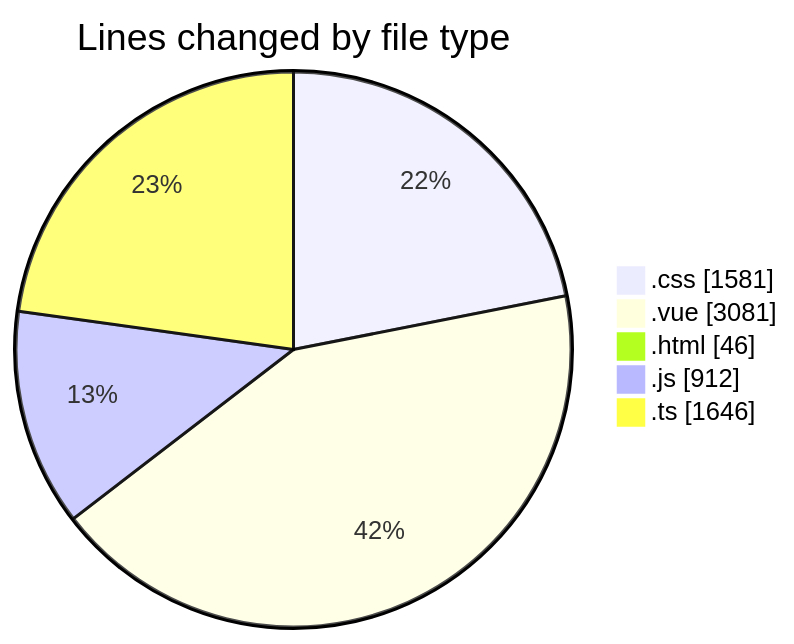
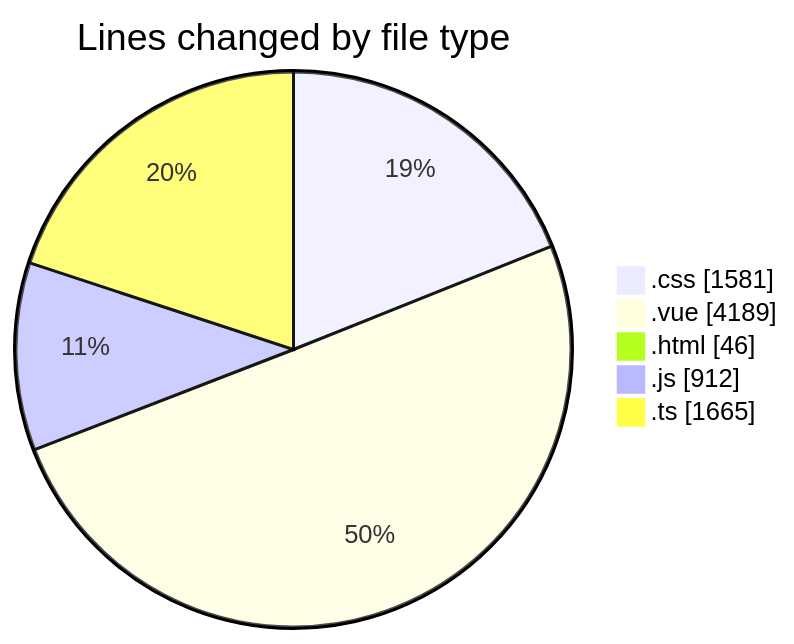
One commit to lephambinh05/code-tracking changed the first of 2 diagrams in 2025-08-18/rentotp/README.md. Above: the diagram before and after it, drawn with Mermaid. The commit also changed other lines of this file and 1 other file, not shown here.

````diff
--- a/2025-08-18/rentotp/README.md
+++ b/2025-08-18/rentotp/README.md
@@ -42,9 +45,9 @@
 ```mermaid
 pie showData
 title Lines changed by file type
 ".css" : 1581
-".vue" : 3081
+".vue" : 4189
 ".html" : 46
 ".js" : 912
-".ts" : 1646
+".ts" : 1665
 ```
````
